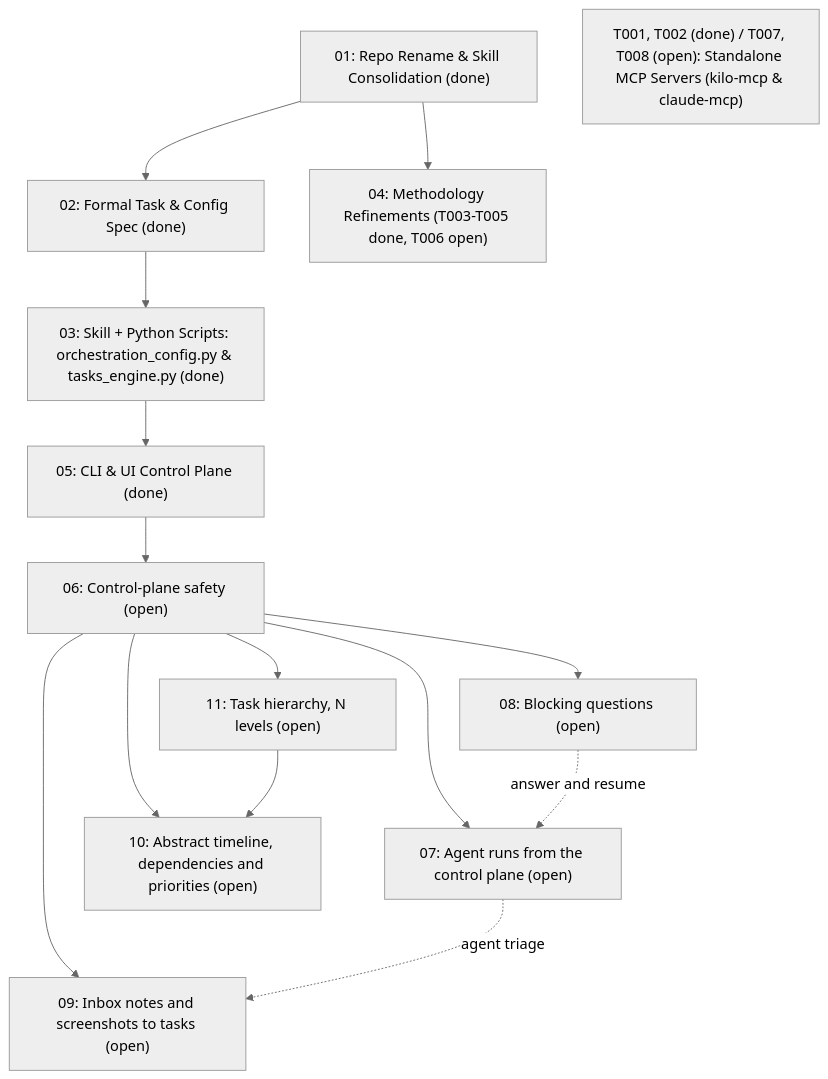
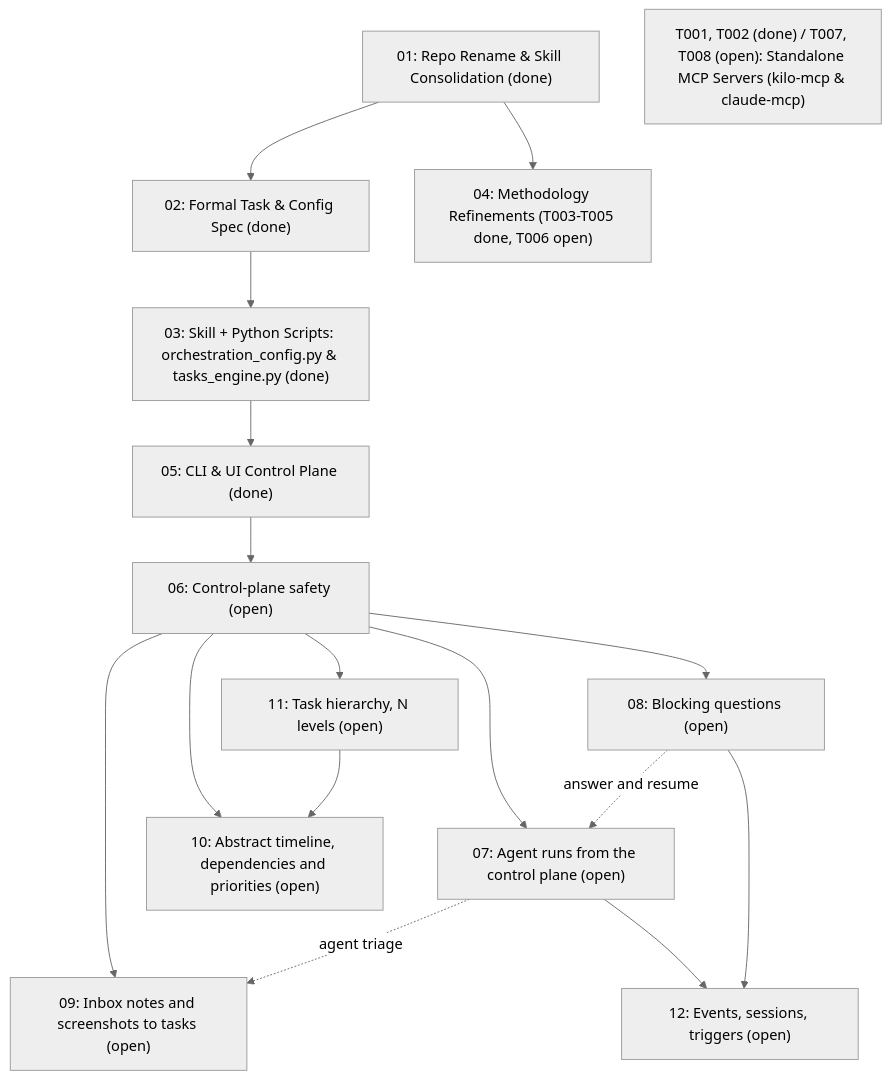
Before and after one commit to primax79/ai-orchestration: the diagram in tasks/00-INDEX.md, drawn with Mermaid (neutral theme). The commit also changed other lines of this file and 3 other files, not shown here.

Commit message:
docs(tasks): initiative 12, events, orchestration sessions and triggers (supersedes 08.6; closes the answered-but-not-applied gap)

````diff
--- a/tasks/00-INDEX.md
+++ b/tasks/00-INDEX.md
@@ -103,26 +105,29 @@
 ```mermaid
 flowchart TB
     I01["01: Repo Rename & Skill Consolidation (done)"]
     I02["02: Formal Task & Config Spec (done)"]
     I03["03: Skill + Python Scripts: orchestration_config.py & tasks_engine.py (done)"]
     I04["04: Methodology Refinements (T003-T005 done, T006 open)"]
     I05["05: CLI & UI Control Plane (done)"]
     I06["06: Control-plane safety (open)"]
     I07["07: Agent runs from the control plane (open)"]
     I08["08: Blocking questions (open)"]
     I09["09: Inbox notes and screenshots to tasks (open)"]
     I10["10: Abstract timeline, dependencies and priorities (open)"]
     I11["11: Task hierarchy, N levels (open)"]
+    I12["12: Events, sessions, triggers (open)"]
     MCP["T001, T002 (done) / T007, T008 (open): Standalone MCP Servers (kilo-mcp & claude-mcp)"]
 
     I01 --> I02 --> I03 --> I05 --> I06
     I06 --> I07
     I06 --> I08
     I06 --> I09
     I06 --> I10
     I06 --> I11
     I11 --> I10
+    I07 --> I12
+    I08 --> I12
     I07 -.->|agent triage| I09
     I08 -.->|answer and resume| I07
     I01 --> I04
 ```
````
